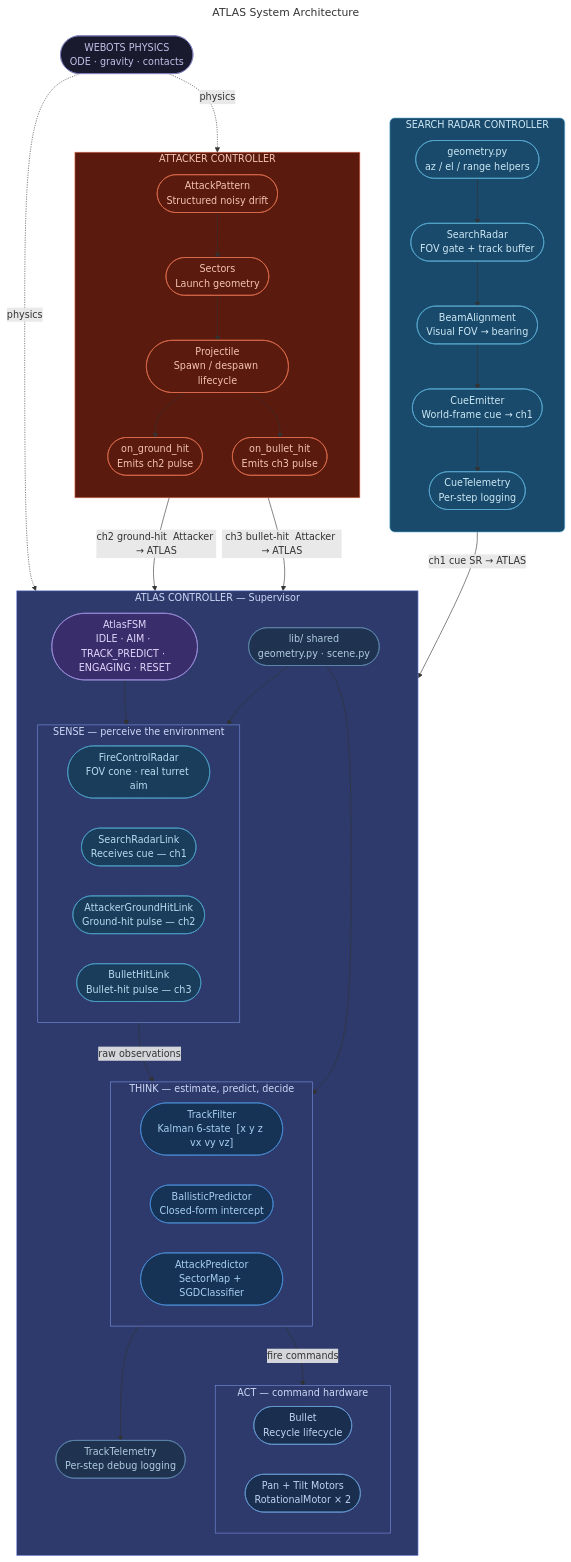
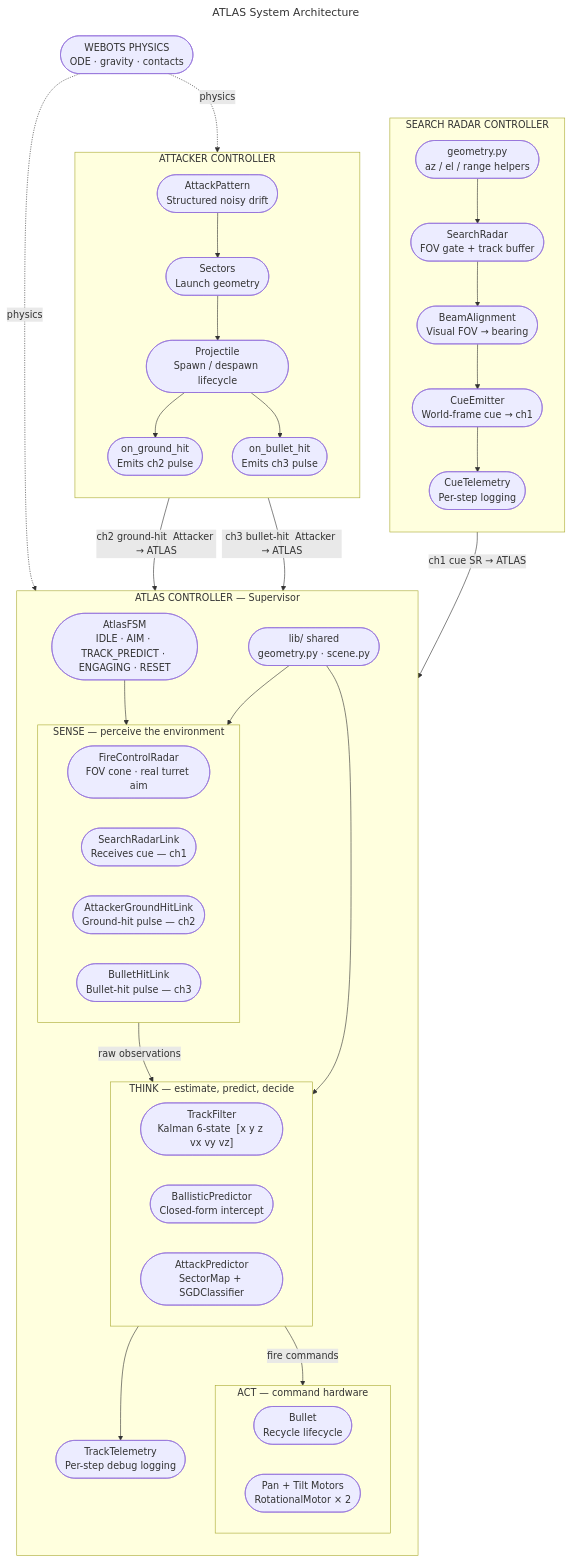
The diagram in report/ATLAS_architecture_diagram.mmd (alpasahai/programming_robotics_project), drawn with Mermaid before and after one commit. The commit also changed 24 other files, not shown here.

```diff
--- a/report/ATLAS_architecture_diagram.mmd
+++ b/report/ATLAS_architecture_diagram.mmd
@@ -1,116 +1,93 @@
 ---
 ---
 title: ATLAS System Architecture
 ---
 flowchart TB
 
     %% ══════════════════════════════════════════
     %% SEARCH RADAR CONTROLLER
     %% ══════════════════════════════════════════
     subgraph SR["SEARCH RADAR CONTROLLER"]
         direction TB
         SR1(["SearchRadar\nFOV gate + track buffer"])
         SR2(["BeamAlignment\nVisual FOV → bearing"])
         SR3(["CueEmitter\nWorld-frame cue → ch1"])
         SR4(["CueTelemetry\nPer-step logging"])
         SR5(["geometry.py\naz / el / range helpers"])
         SR1 --> SR2 --> SR3
         SR3 --> SR4
         SR5 -->SR1
     end
 
     %% ══════════════════════════════════════════
     %% ATLAS CONTROLLER (SUPERVISOR)
     %% ══════════════════════════════════════════
     subgraph ATLAS["ATLAS CONTROLLER — Supervisor"]
         direction TB
 
         FSM(["AtlasFSM\nIDLE · AIM · TRACK_PREDICT · ENGAGING · RESET"])
 
         %% ── SENSE ──────────────────────────────
         subgraph SENSE["SENSE  — perceive the environment"]
             direction LR
             A1(["FireControlRadar\nFOV cone · real turret aim"])
             A2(["SearchRadarLink\nReceives cue — ch1"])
             A3(["AttackerGroundHitLink\nGround-hit pulse — ch2"])
             A4(["BulletHitLink\nBullet-hit pulse — ch3"])
         end
 
         %% ── THINK ──────────────────────────────
         subgraph THINK["THINK  — estimate, predict, decide"]
             direction LR
             T1(["TrackFilter\nKalman 6-state  [x y z vx vy vz]"])
             T2(["BallisticPredictor\nClosed-form intercept"])
             T3(["AttackPredictor\nSectorMap + SGDClassifier"])
         end
 
         %% ── ACT ────────────────────────────────
         subgraph ACT["ACT  — command hardware"]
             direction LR
             C1(["Bullet\nRecycle lifecycle"])
             C2(["Pan + Tilt Motors\nRotationalMotor × 2"])
         end
 
         TEL(["TrackTelemetry\nPer-step debug logging"])
         LIB(["lib/ shared\ngeometry.py · scene.py"])
 
         FSM --> SENSE
         SENSE -->|"raw observations"| THINK
         THINK -->|"fire commands"| ACT
         THINK --> TEL
         LIB --> SENSE
         LIB --> THINK
     end
 
     %% ══════════════════════════════════════════
     %% ATTACKER CONTROLLER
     %% ══════════════════════════════════════════
     subgraph ATK["ATTACKER CONTROLLER"]
         direction TB
         K2(["AttackPattern\nStructured noisy drift"])
         K3(["Sectors\nLaunch geometry"])
         K1(["Projectile\nSpawn / despawn lifecycle"])
         K4(["on_ground_hit\nEmits ch2 pulse"])
         K5(["on_bullet_hit\nEmits ch3 pulse"])
         K2 --> K3 --> K1
         K1 --> K4
         K1 --> K5
     end
 
     %% ══════════════════════════════════════════
     %% WEBOTS PHYSICS
     %% ══════════════════════════════════════════
     WB(["WEBOTS PHYSICS\nODE · gravity · contacts"])
 
     %% ══════════════════════════════════════════
     %% RADIO LINKS  (inter-controller)
     %% ══════════════════════════════════════════
     SR3 -- "ch1 cue  SR → ATLAS" --> A2
     K4  -- "ch2 ground-hit  Attacker → ATLAS" --> A3
     K5  -- "ch3 bullet-hit  Attacker → ATLAS" --> A4
 
     WB -. physics .-> ATK
     WB -. physics .-> ATLAS
-
-    %% ══════════════════════════════════════════
-    %% STYLES
-    %% ══════════════════════════════════════════
-    classDef srStyle    fill:#1a4a6b,stroke:#5bafd6,color:#cce8f5,rx:8
-    classDef atlasStyle fill:#2d3a6b,stroke:#7b8fe0,color:#d0d8f8
-    classDef senseStyle fill:#1b3d5c,stroke:#4fa3cc,color:#b8ddf0
-    classDef thinkStyle fill:#163356,stroke:#4a90d9,color:#a8d0f0
-    classDef actStyle   fill:#1a2e50,stroke:#6a9fd8,color:#bdd6f0
-    classDef atkStyle   fill:#5a1a0d,stroke:#e07050,color:#f5c4b3
-    classDef wbStyle    fill:#1a1a2e,stroke:#8080c0,color:#c0c0e8
-    classDef fsmStyle   fill:#3a2d6b,stroke:#a090e0,color:#e0d8fc
-    classDef libStyle   fill:#1f3350,stroke:#608ab0,color:#b0cce0
-
-    class SR,SR1,SR2,SR3,SR4,SR5 srStyle
-    class ATLAS,SENSE,THINK,ACT atlasStyle
-    class A1,A2,A3,A4 senseStyle
-    class T1,T2,T3 thinkStyle
-    class C1,C2 actStyle
-    class ATK,K1,K2,K3,K4,K5 atkStyle
-    class WB wbStyle
-    class FSM fsmStyle
-    class TEL,LIB libStyle
```
